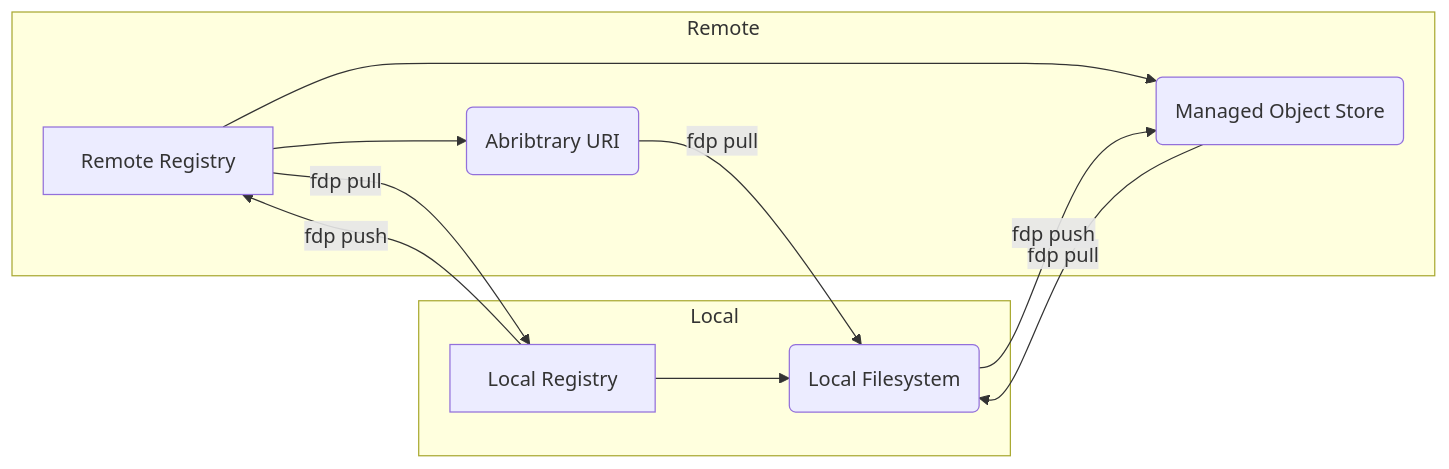
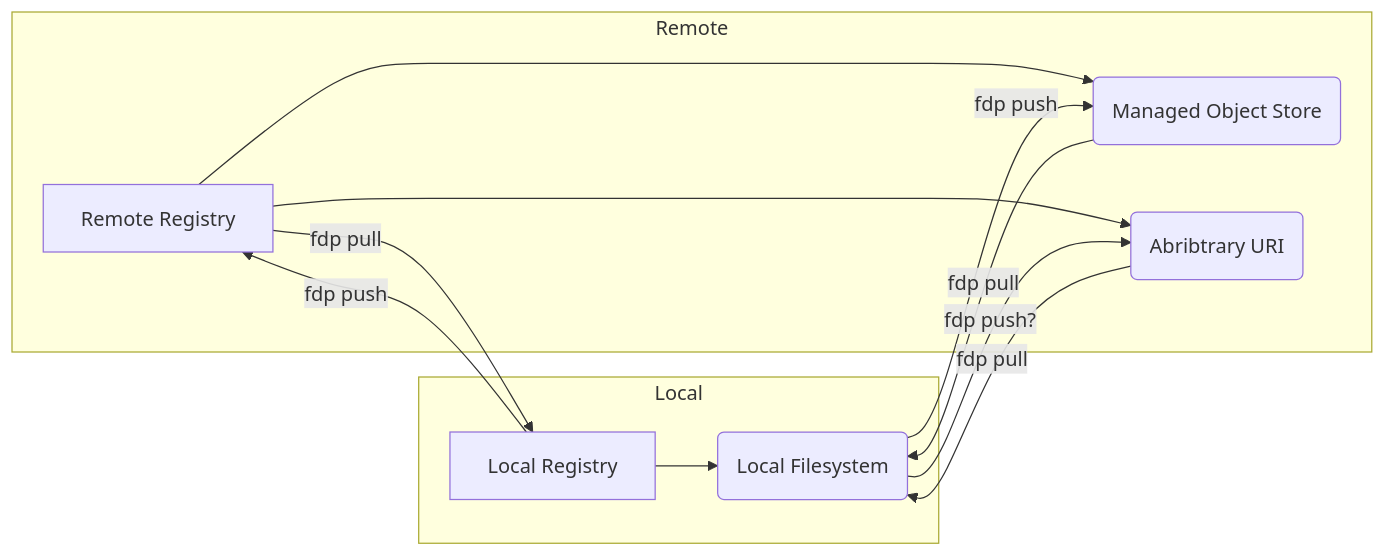
One commit to ScottishCovidResponse/hugo_source_files changed the second of 2 diagrams in content/docs/data_pipeline/introduction/_index.md. Above: the diagram before and after it, drawn with Mermaid. The commit also changed other lines of this file, not shown here.

```diff
--- a/content/docs/data_pipeline/introduction/_index.md
+++ b/content/docs/data_pipeline/introduction/_index.md
@@ -38,24 +53,25 @@
 {{<mermaid align="left">}}
 graph LR;
     subgraph Remote
         RR
         OS
         URI
     end
     subgraph Local
         LR
         FS
     end
 
     RR[Remote Registry]-->|fdp pull| LR[Local Registry]
     LR-->|fdp push| RR
 
     RR-->OS(Managed Object Store)
     RR-->URI(Abribtrary URI)
     LR-->FS(Local Filesystem)
 
     OS-->|fdp pull| FS
     URI-->|fdp pull| FS
     FS-->|fdp push| OS
+    FS-->|fdp push?| URI
 
 {{< /mermaid >}}
```
